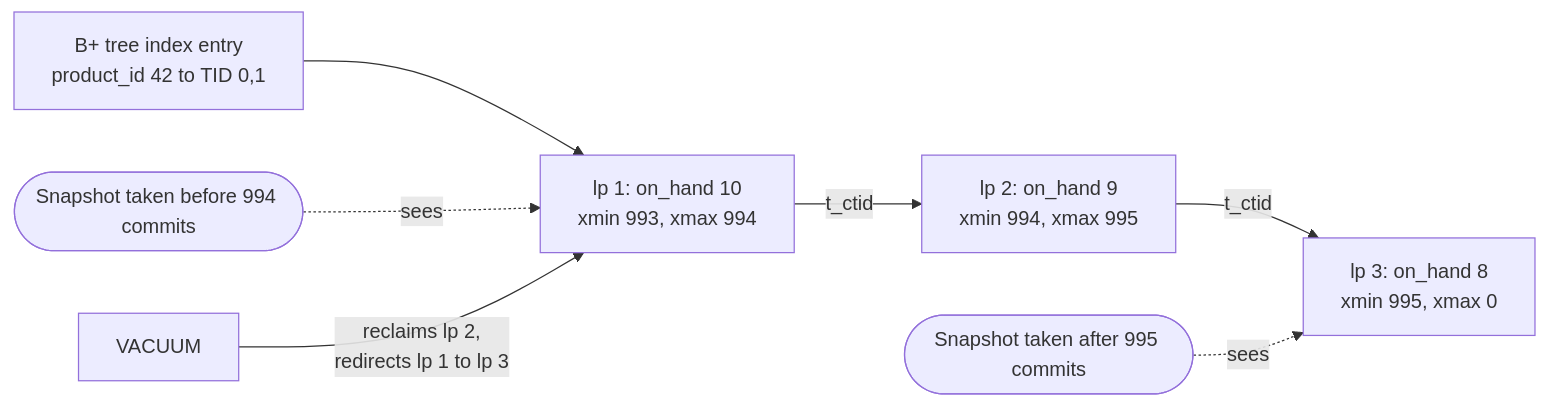
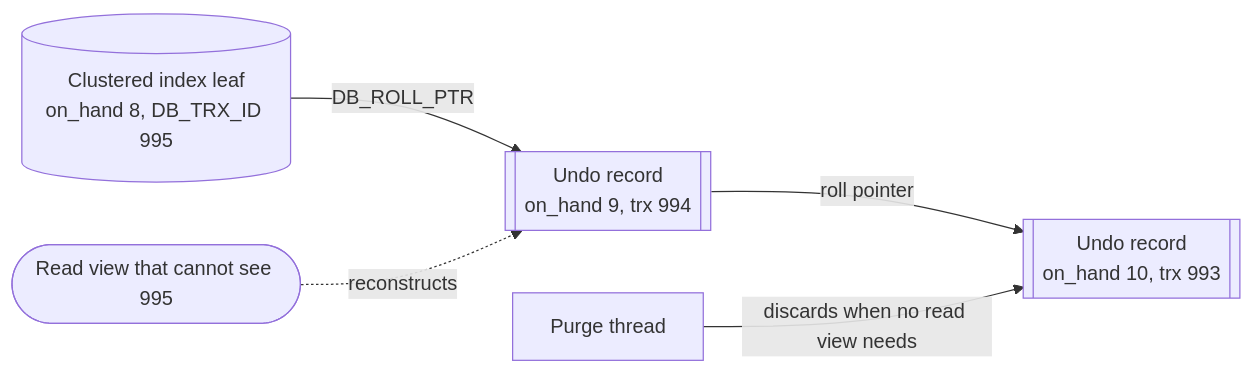
One commit to Sampath1-1-1/System-Design changed the diagram in diagrams/ch11/fig-11-10.mmd. Above: the diagram before and after it, drawn with Mermaid. The commit also changed 51 other files, not shown here.

```diff
--- a/diagrams/ch11/fig-11-10.mmd
+++ b/diagrams/ch11/fig-11-10.mmd
@@ -1,8 +1,6 @@
-%% Figure 11.10 — PostgreSQL version chain for product 42
+%% Figure 11.10 — InnoDB current row and undo chain for product 42
 flowchart LR
-  IX["B+ tree index entry<br/>product_id 42 to TID 0,1"] --> V1["lp 1: on_hand 10<br/>xmin 993, xmax 994"]
-  V1 -->|"t_ctid"| V2["lp 2: on_hand 9<br/>xmin 994, xmax 995"]
-  V2 -->|"t_ctid"| V3["lp 3: on_hand 8<br/>xmin 995, xmax 0"]
-  S1(["Snapshot taken before 994 commits"]) -.->|"sees"| V1
-  S2(["Snapshot taken after 995 commits"]) -.->|"sees"| V3
-  VAC["VACUUM"] -->|"reclaims lp 2,<br/>redirects lp 1 to lp 3"| V1
+  CI[("Clustered index leaf<br/>on_hand 8, DB_TRX_ID 995")] -->|"DB_ROLL_PTR"| U2[["Undo record<br/>on_hand 9, trx 994"]]
+  U2 -->|"roll pointer"| U1[["Undo record<br/>on_hand 10, trx 993"]]
+  RV(["Read view that cannot see 995"]) -.->|"reconstructs"| U2
+  PU["Purge thread"] -->|"discards when no read view needs"| U1
```
